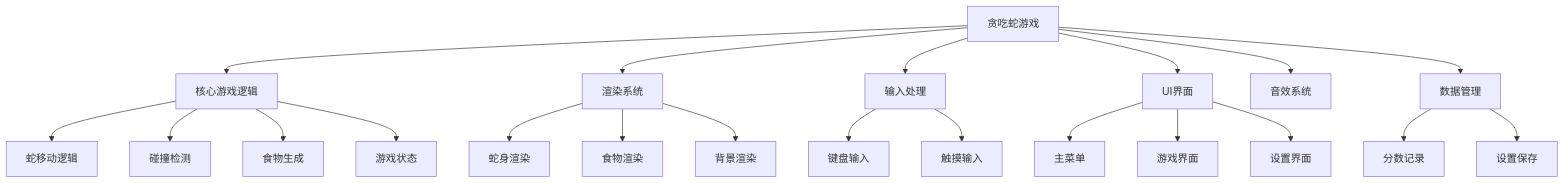
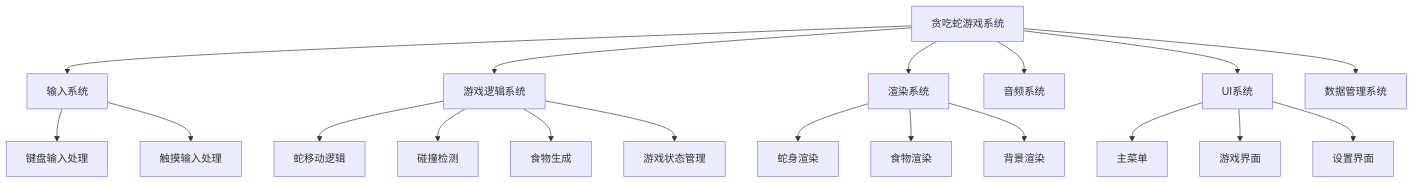
One commit to youjing-mz/snake changed the third of 6 diagrams in 课时1-游戏设计与项目规划/README.md. Above: the diagram before and after it, drawn with Mermaid. The commit also changed other lines of this file and 8 other files, not shown here.

````diff
--- a/课时1-游戏设计与项目规划/README.md
+++ b/课时1-游戏设计与项目规划/README.md
@@ -52,28 +79,25 @@
 ```mermaid
 graph TB
-    A[贪吃蛇游戏] --> B[核心游戏逻辑]
-    A --> C[渲染系统]
-    A --> D[输入处理]
-    A --> E[UI界面]
-    A --> F[音效系统]
-    A --> G[数据管理]
+    A[贪吃蛇游戏系统] --> B[输入系统]
+    A --> C[游戏逻辑系统]
+    A --> D[渲染系统]
+    A --> E[音频系统]
+    A --> F[UI系统]
+    A --> G[数据管理系统]
     
-    B --> B1[蛇移动逻辑]
-    B --> B2[碰撞检测]
-    B --> B3[食物生成]
-    B --> B4[游戏状态]
+    B --> B1[键盘输入处理]
+    B --> B2[触摸输入处理]
     
-    C --> C1[蛇身渲染]
-    C --> C2[食物渲染]
-    C --> C3[背景渲染]
+    C --> C1[蛇移动逻辑]
+    C --> C2[碰撞检测]
+    C --> C3[食物生成]
+    C --> C4[游戏状态管理]
     
-    D --> D1[键盘输入]
-    D --> D2[触摸输入]
+    D --> D1[蛇身渲染]
+    D --> D2[食物渲染]
+    D --> D3[背景渲染]
     
-    E --> E1[主菜单]
-    E --> E2[游戏界面]
-    E --> E3[设置界面]
-    
-    G --> G1[分数记录]
-    G --> G2[设置保存]
+    F --> F1[主菜单]
+    F --> F2[游戏界面]
+    F --> F3[设置界面]
 ```
````
